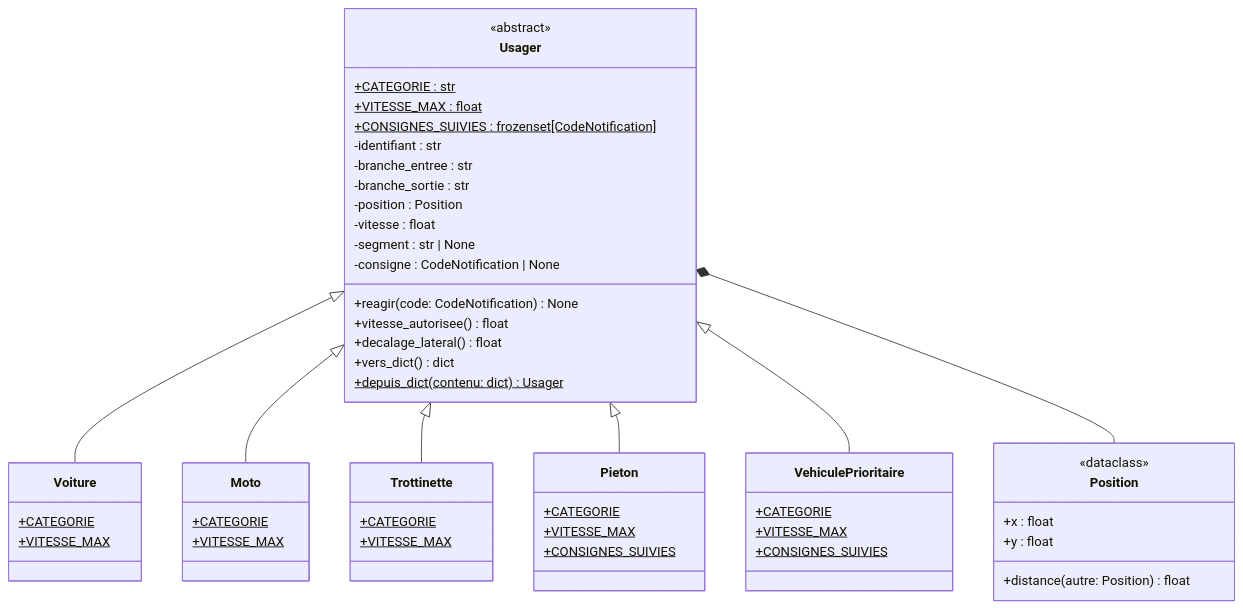
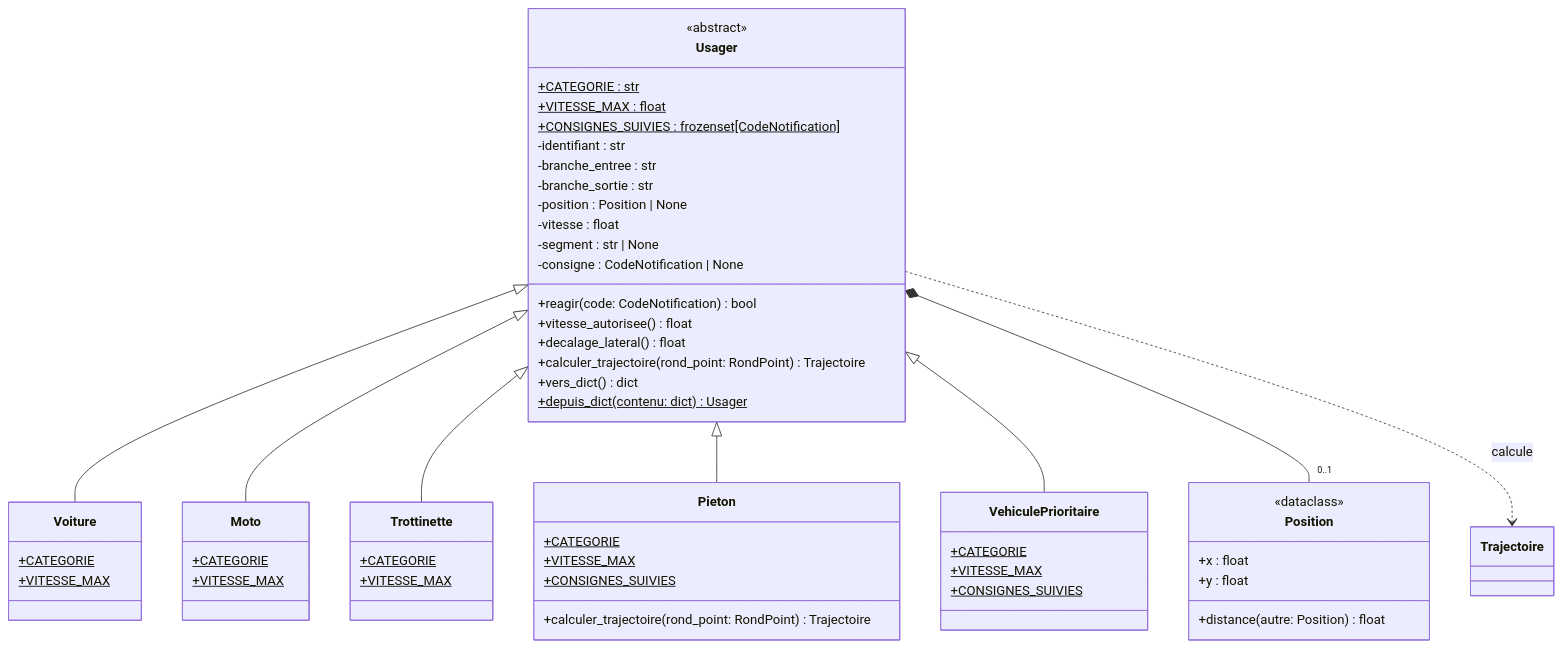
Before and after one commit to vRayzix/SAE3.02_Developper-une-application-communicante: the third of 8 diagrams in docs/uml.md, drawn with Mermaid. The commit also changed other lines of this file, not shown here.

Commit message:
docs(uml): modèle aligné sur le code, trajectoires en tronçons

````diff
--- a/docs/uml.md
+++ b/docs/uml.md
@@ -150,62 +150,65 @@
 ```mermaid
 classDiagram
     class Position {
         <<dataclass>>
         +x : float
         +y : float
         +distance(autre: Position) float
     }
 
     class Usager {
         <<abstract>>
         +CATEGORIE : str$
         +VITESSE_MAX : float$
         +CONSIGNES_SUIVIES : frozenset[CodeNotification]$
         -identifiant : str
         -branche_entree : str
         -branche_sortie : str
-        -position : Position
+        -position : Position | None
         -vitesse : float
         -segment : str | None
         -consigne : CodeNotification | None
-        +reagir(code: CodeNotification) None
+        +reagir(code: CodeNotification) bool
         +vitesse_autorisee() float
         +decalage_lateral() float
+        +calculer_trajectoire(rond_point: RondPoint) Trajectoire
         +vers_dict() dict
         +depuis_dict(contenu: dict) Usager$
     }
 
     class Voiture {
         +CATEGORIE$
         +VITESSE_MAX$
     }
 
     class Moto {
         +CATEGORIE$
         +VITESSE_MAX$
     }
 
     class Trottinette {
         +CATEGORIE$
         +VITESSE_MAX$
     }
 
     class Pieton {
         +CATEGORIE$
         +VITESSE_MAX$
         +CONSIGNES_SUIVIES$
+        +calculer_trajectoire(rond_point: RondPoint) Trajectoire
     }
 
     class VehiculePrioritaire {
         +CATEGORIE$
         +VITESSE_MAX$
         +CONSIGNES_SUIVIES$
     }
 
     Usager <|-- Voiture
     Usager <|-- Moto
     Usager <|-- Trottinette
     Usager <|-- Pieton
     Usager <|-- VehiculePrioritaire
-    Usager *-- Position
+    Usager *-- "0..1" Position
+    Usager ..> Trajectoire : calcule
 ```
````
